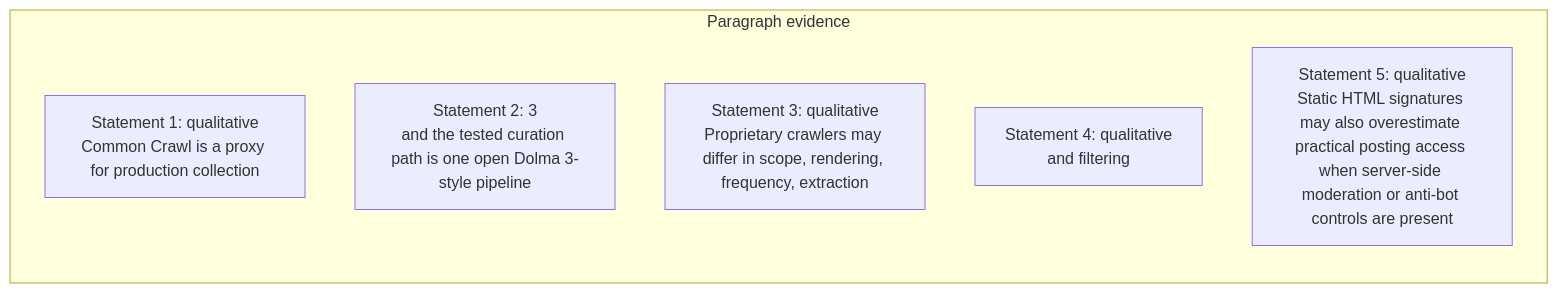
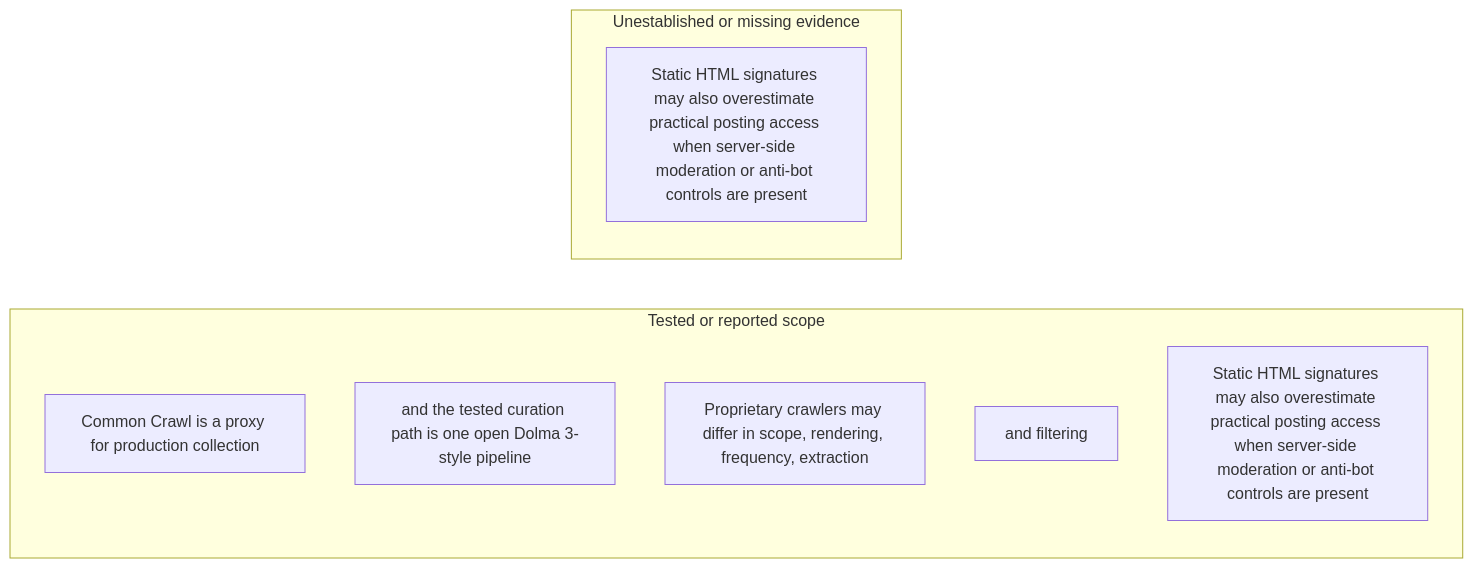
Before and after one commit to Betancourt1/paper_atlas: diagram 37 of 48 in docs/visual-manifests/VISUAL_MANIFEST_COMPUTATIONAL_PROPAGANDA.md, drawn with Mermaid. The commit also changed other lines of this file and 7 other files, not shown here.

````diff
--- a/docs/visual-manifests/VISUAL_MANIFEST_COMPUTATIONAL_PROPAGANDA.md
+++ b/docs/visual-manifests/VISUAL_MANIFEST_COMPUTATIONAL_PROPAGANDA.md
@@ -3146,10 +3119,13 @@
 ```mermaid
 flowchart LR
-  subgraph p1["Paragraph evidence"]
-    p1r1["Statement 1: qualitative<br/>Common Crawl is a proxy for production collection"]
-    p1r2["Statement 2: 3<br/>and the tested curation path is one open Dolma 3-style pipeline"]
-    p1r3["Statement 3: qualitative<br/>Proprietary crawlers may differ in scope, rendering, frequency, extraction"]
-    p1r4["Statement 4: qualitative<br/>and filtering"]
-    p1r5["Statement 5: qualitative<br/>Static HTML signatures may also overestimate practical posting access when server-side moderation or anti-bot controls are present"]
+  subgraph g1["Tested or reported scope"]
+    g1i1["Common Crawl is a proxy for production collection"]
+    g1i2["and the tested curation path is one open Dolma 3-style pipeline"]
+    g1i3["Proprietary crawlers may differ in scope, rendering, frequency, extraction"]
+    g1i4["and filtering"]
+    g1i5["Static HTML signatures may also overestimate practical posting access when server-side moderation or anti-bot controls are present"]
+  end
+  subgraph g2["Unestablished or missing evidence"]
+    g2i1["Static HTML signatures may also overestimate practical posting access when server-side moderation or anti-bot controls are present"]
   end
 ```
````
